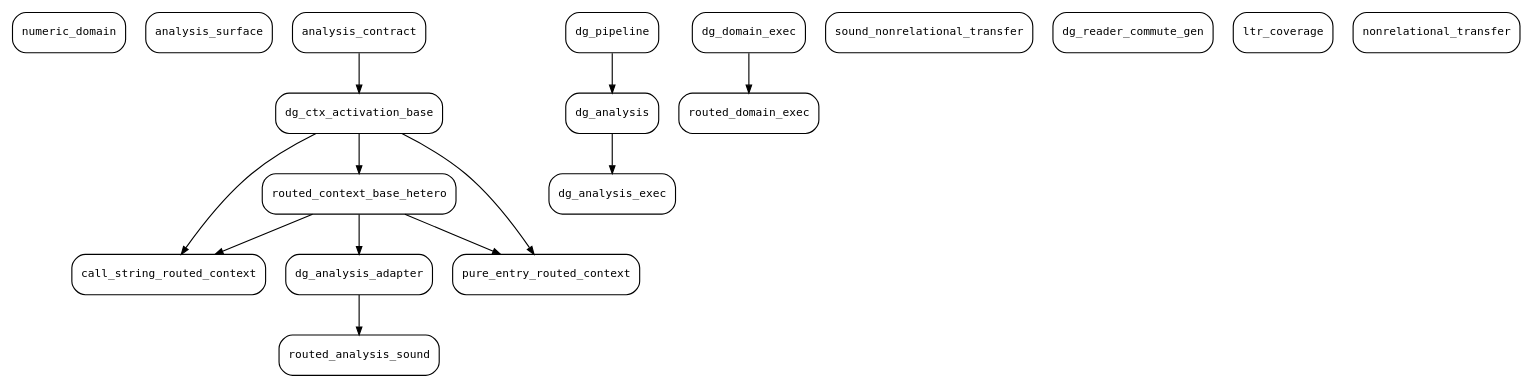
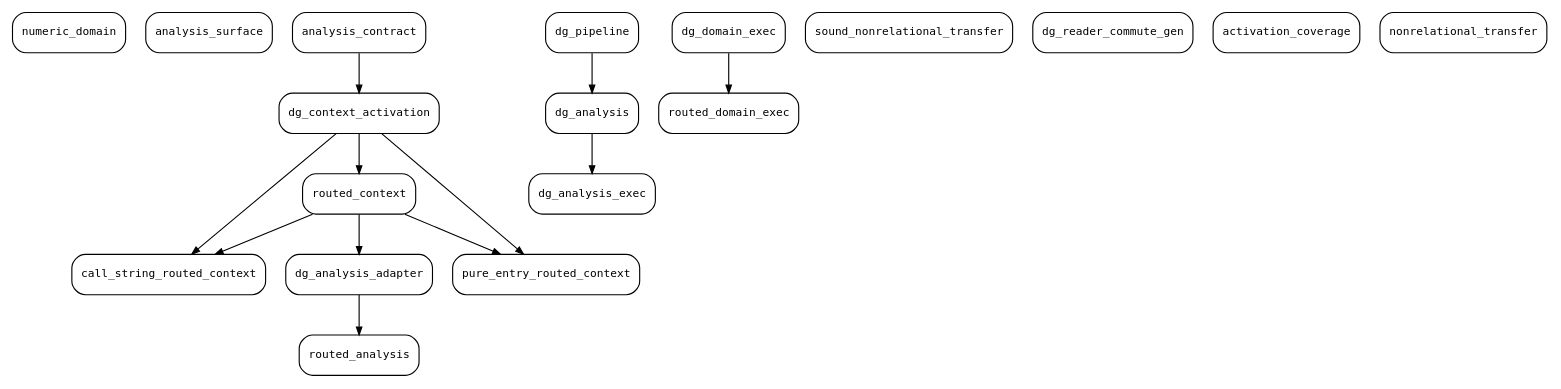
The diagram in thesis/shared/dot/locale_deps.dot (ManuelLerchner/Voblint-Verification-Master-Thesis), drawn with Graphviz before and after one commit. The commit also changed 49 other files, not shown here.

```diff
--- a/thesis/shared/dot/locale_deps.dot
+++ b/thesis/shared/dot/locale_deps.dot
@@ -1,33 +1,33 @@
 digraph locales {
   rankdir=TB;
   edge [arrowsize=0.7];
   "numeric_domain" [shape=box, style=rounded, fontname="DejaVu Sans Mono", fontsize=10];
   "analysis_surface" [shape=box, style=rounded, fontname="DejaVu Sans Mono", fontsize=10];
   "call_string_routed_context" [shape=box, style=rounded, fontname="DejaVu Sans Mono", fontsize=10];
   "dg_analysis" [shape=box, style=rounded, fontname="DejaVu Sans Mono", fontsize=10];
   "dg_analysis_exec" [shape=box, style=rounded, fontname="DejaVu Sans Mono", fontsize=10];
   "dg_pipeline" [shape=box, style=rounded, fontname="DejaVu Sans Mono", fontsize=10];
   "dg_analysis_adapter" [shape=box, style=rounded, fontname="DejaVu Sans Mono", fontsize=10];
-  "dg_ctx_activation_base" [shape=box, style=rounded, fontname="DejaVu Sans Mono", fontsize=10];
+  "dg_context_activation" [shape=box, style=rounded, fontname="DejaVu Sans Mono", fontsize=10];
   "dg_domain_exec" [shape=box, style=rounded, fontname="DejaVu Sans Mono", fontsize=10];
   "sound_nonrelational_transfer" [shape=box, style=rounded, fontname="DejaVu Sans Mono", fontsize=10];
   "dg_reader_commute_gen" [shape=box, style=rounded, fontname="DejaVu Sans Mono", fontsize=10];
   "analysis_contract" [shape=box, style=rounded, fontname="DejaVu Sans Mono", fontsize=10];
   "pure_entry_routed_context" [shape=box, style=rounded, fontname="DejaVu Sans Mono", fontsize=10];
-  "ltr_coverage" [shape=box, style=rounded, fontname="DejaVu Sans Mono", fontsize=10];
+  "activation_coverage" [shape=box, style=rounded, fontname="DejaVu Sans Mono", fontsize=10];
   "nonrelational_transfer" [shape=box, style=rounded, fontname="DejaVu Sans Mono", fontsize=10];
-  "routed_analysis_sound" [shape=box, style=rounded, fontname="DejaVu Sans Mono", fontsize=10];
-  "routed_context_base_hetero" [shape=box, style=rounded, fontname="DejaVu Sans Mono", fontsize=10];
+  "routed_analysis" [shape=box, style=rounded, fontname="DejaVu Sans Mono", fontsize=10];
+  "routed_context" [shape=box, style=rounded, fontname="DejaVu Sans Mono", fontsize=10];
   "routed_domain_exec" [shape=box, style=rounded, fontname="DejaVu Sans Mono", fontsize=10];
-  "routed_context_base_hetero" -> "call_string_routed_context";
-  "dg_ctx_activation_base" -> "call_string_routed_context";
+  "routed_context" -> "call_string_routed_context";
+  "dg_context_activation" -> "call_string_routed_context";
   "dg_pipeline" -> "dg_analysis";
   "dg_analysis" -> "dg_analysis_exec";
-  "routed_context_base_hetero" -> "dg_analysis_adapter";
-  "analysis_contract" -> "dg_ctx_activation_base";
-  "routed_context_base_hetero" -> "pure_entry_routed_context";
-  "dg_ctx_activation_base" -> "pure_entry_routed_context";
-  "dg_analysis_adapter" -> "routed_analysis_sound";
-  "dg_ctx_activation_base" -> "routed_context_base_hetero";
+  "routed_context" -> "dg_analysis_adapter";
+  "analysis_contract" -> "dg_context_activation";
+  "routed_context" -> "pure_entry_routed_context";
+  "dg_context_activation" -> "pure_entry_routed_context";
+  "dg_analysis_adapter" -> "routed_analysis";
+  "dg_context_activation" -> "routed_context";
   "dg_domain_exec" -> "routed_domain_exec";
 }
```
